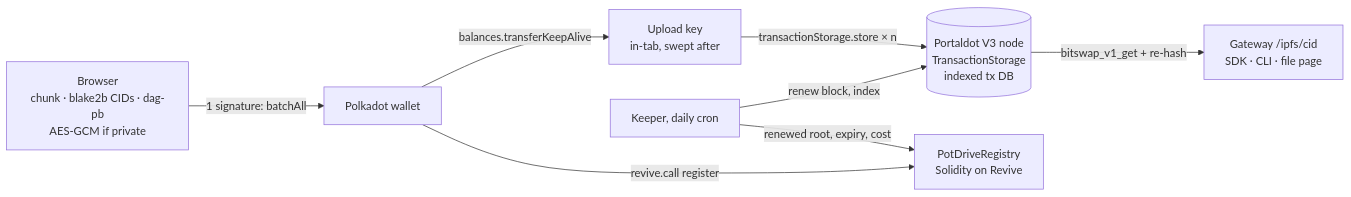
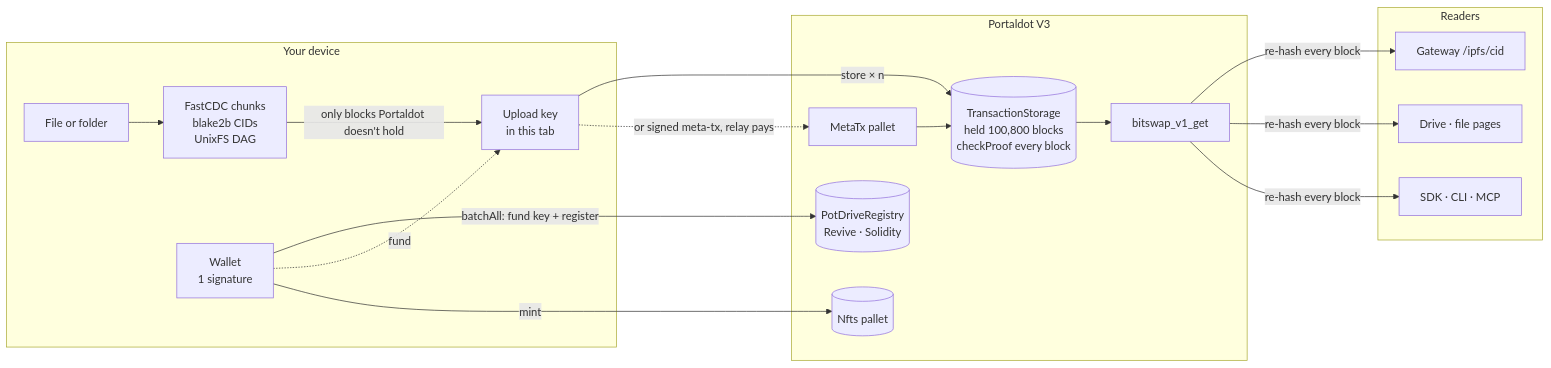
The first of 2 diagrams in README.md (Anshv784/potdrive), drawn with Mermaid before and after one commit. The commit also changed other lines of this file and 31 other files, not shown here.

Commit message:
README rewritten with banner, screenshots, diagrams and verification notes; SDK, contract and MCP READMEs; SECURITY.md; Docs and GitHub prominent across the site; screenshot script

````diff
--- a/README.md
+++ b/README.md
@@ -33,10 +55,31 @@
 ```mermaid
 flowchart LR
-  B[Browser<br/>chunk · blake2b CIDs · dag-pb<br/>AES-GCM if private] -->|1 signature: batchAll| W[Polkadot wallet]
-  W -->|balances.transferKeepAlive| K[Upload key<br/>in-tab, swept after]
-  W -->|revive.call register| R[PotDriveRegistry<br/>Solidity on Revive]
-  K -->|transactionStorage.store × n| N[(Portaldot V3 node<br/>TransactionStorage<br/>indexed tx DB)]
-  N -->|bitswap_v1_get + re-hash| G[Gateway /ipfs/cid<br/>SDK · CLI · file page]
-  P[Keeper, daily cron] -->|renew block, index| N
-  P -->|renewed root, expiry, cost| R
+    subgraph Device["Your device"]
+      F[File or folder]
+      C[FastCDC chunks<br/>blake2b CIDs<br/>UnixFS DAG]
+      W[Wallet<br/>1 signature]
+      K[Upload key<br/>in this tab]
+    end
+    subgraph Portaldot["Portaldot V3"]
+      TS[(TransactionStorage<br/>held 100,800 blocks<br/>checkProof every block)]
+      BS[bitswap_v1_get]
+      R[(PotDriveRegistry<br/>Revive · Solidity)]
+      MT[MetaTx pallet]
+      NF[(Nfts pallet)]
+    end
+    subgraph Readers
+      G[Gateway /ipfs/cid]
+      D[Drive · file pages]
+      S[SDK · CLI · MCP]
+    end
+
+    F --> C
+    C -- "only blocks Portaldot doesn't hold" --> K
+    W -- "batchAll: fund key + register" --> R
+    W -. "fund" .-> K
+    K -- "store × n" --> TS
+    K -. "or signed meta-tx, relay pays" .-> MT --> TS
+    TS --> BS
+    BS -- "re-hash every block" --> G & D & S
+    W -- "mint" --> NF
 ```
````
